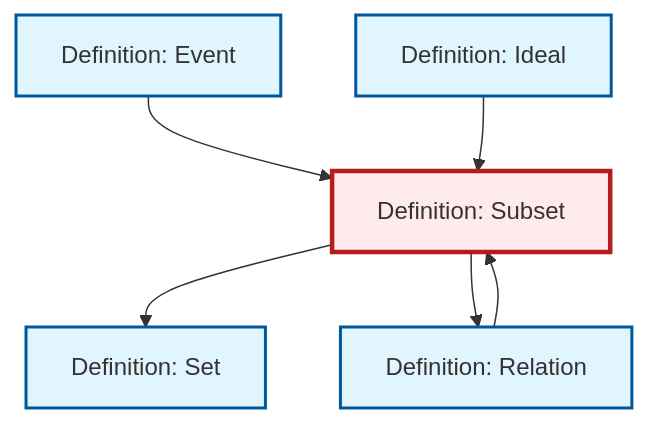
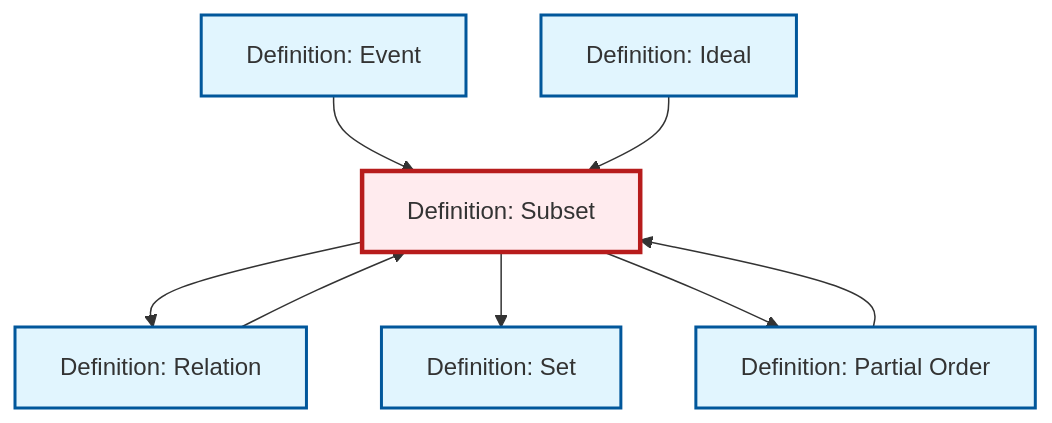
The diagram in content/ja/logic-set-theory/def-subset.qmd (RK0429/ModernMath), drawn with Mermaid before and after one commit. The commit also changed 581 other files, not shown here.

````diff
--- a/content/ja/logic-set-theory/def-subset.qmd
+++ b/content/ja/logic-set-theory/def-subset.qmd
@@ -52,24 +52,28 @@
 ```{mermaid}
 %%| fig-cap: "Local dependency graph"
 graph TD
     classDef definition fill:#e1f5fe,stroke:#01579b,stroke-width:2px
     classDef theorem fill:#f3e5f5,stroke:#4a148c,stroke-width:2px
     classDef axiom fill:#fff3e0,stroke:#e65100,stroke-width:2px
     classDef example fill:#e8f5e9,stroke:#1b5e20,stroke-width:2px
     classDef current fill:#ffebee,stroke:#b71c1c,stroke-width:3px
+    def-subset["Definition: Subset"]:::definition
     def-event["Definition: Event"]:::definition
+    def-partial-order["Definition: Partial Order"]:::definition
     def-ideal["Definition: Ideal"]:::definition
+    def-relation["Definition: Relation"]:::definition
     def-set["Definition: Set"]:::definition
-    def-relation["Definition: Relation"]:::definition
-    def-subset["Definition: Subset"]:::definition
+    def-subset --> def-relation
+    def-subset --> def-set
     def-event --> def-subset
-    def-subset --> def-set
-    def-subset --> def-relation
+    def-subset --> def-partial-order
+    def-partial-order --> def-subset
     def-ideal --> def-subset
     def-relation --> def-subset
     class def-subset current
     click def-event "def-event.html" "Definition: Eventへ"
+    click def-partial-order "def-partial-order.html" "Definition: Partial Orderへ"
     click def-ideal "def-ideal.html" "Definition: Idealへ"
+    click def-relation "def-relation.html" "Definition: Relationへ"
     click def-set "def-set.html" "Definition: Setへ"
-    click def-relation "def-relation.html" "Definition: Relationへ"
 ```
````
